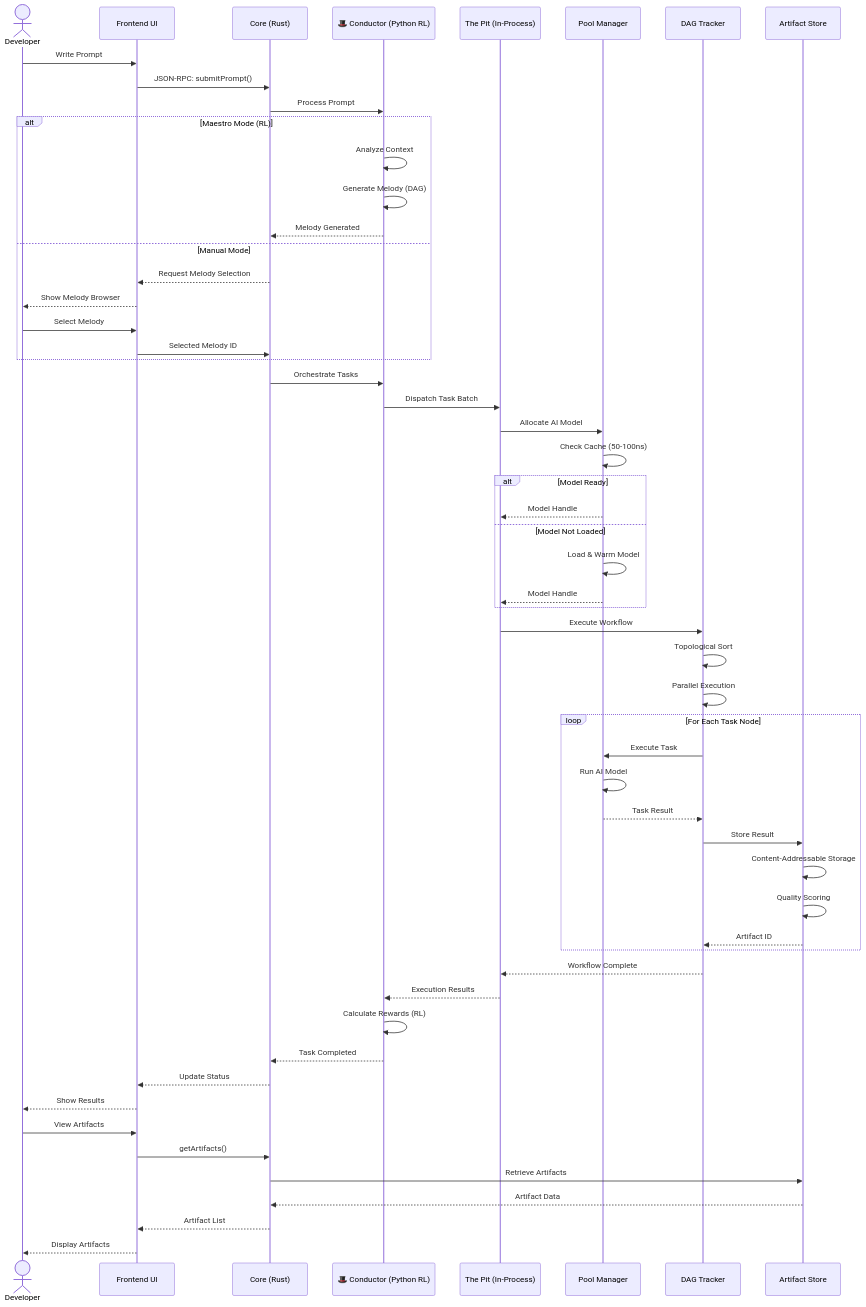
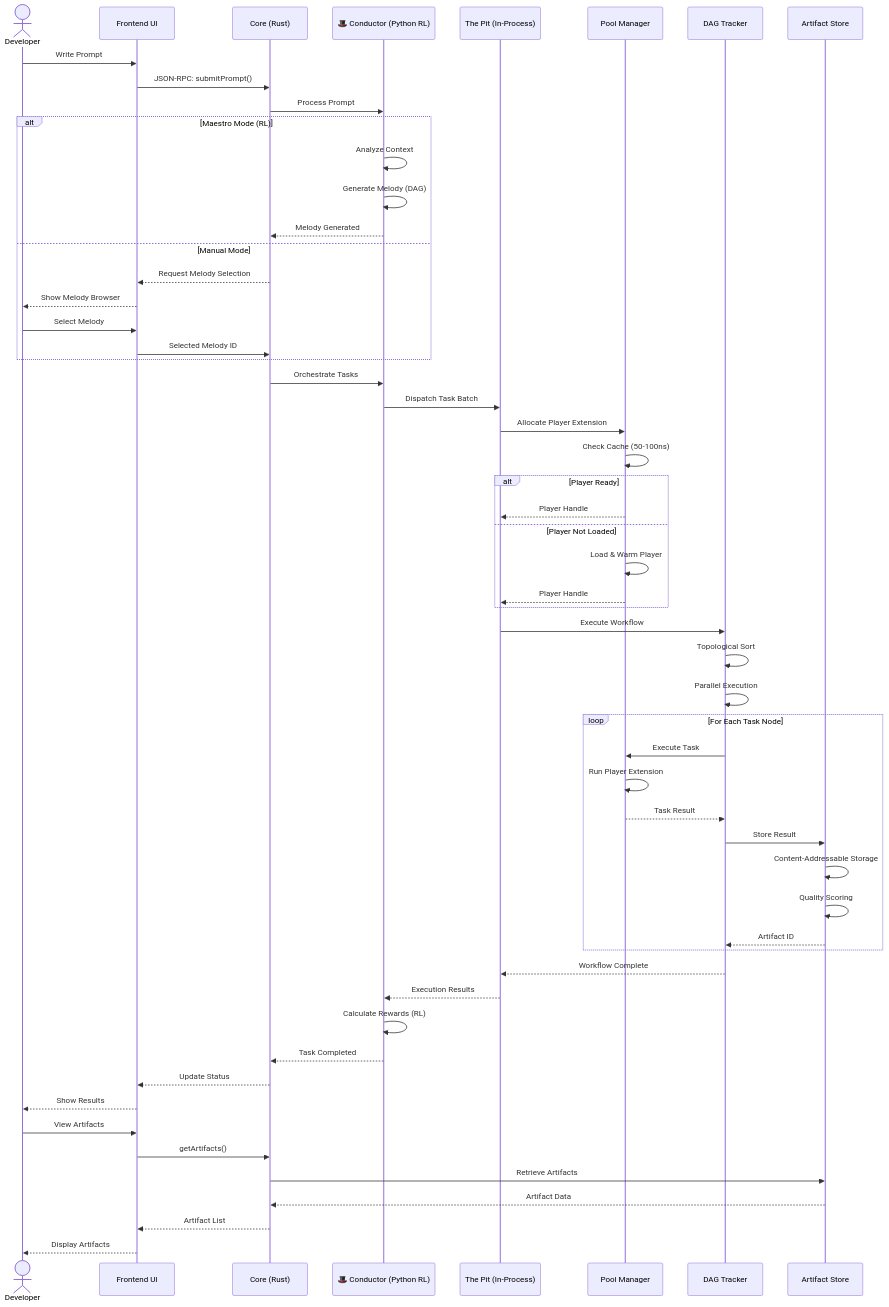
Before and after one commit to Symphony-aide/Symphony: the first of 9 diagrams in SEQUENCE_DIAGRAM.md, drawn with Mermaid. The commit also changed other lines of this file and 1 other file, not shown here.

Commit message:
good for class and sequence diagram

````diff
--- a/SEQUENCE_DIAGRAM.md
+++ b/SEQUENCE_DIAGRAM.md
@@ -29,66 +34,66 @@
 ```mermaid
 sequenceDiagram
     actor Dev as Developer
     participant UI as Frontend UI
     participant Core as Core (Rust)
     participant Conductor as 🎩 Conductor (Python RL)
     participant Pit as The Pit (In-Process)
     participant PoolMgr as Pool Manager
     participant DAG as DAG Tracker
     participant Artifact as Artifact Store
     
     Dev->>UI: Write Prompt
     UI->>Core: JSON-RPC: submitPrompt()
     Core->>Conductor: Process Prompt
     
     alt Maestro Mode (RL)
         Conductor->>Conductor: Analyze Context
         Conductor->>Conductor: Generate Melody (DAG)
         Conductor-->>Core: Melody Generated
     else Manual Mode
         Core-->>UI: Request Melody Selection
         UI-->>Dev: Show Melody Browser
         Dev->>UI: Select Melody
         UI->>Core: Selected Melody ID
     end
     
     Core->>Conductor: Orchestrate Tasks
     Conductor->>Pit: Dispatch Task Batch
     
-    Pit->>PoolMgr: Allocate AI Model
+    Pit->>PoolMgr: Allocate Player Extension
     PoolMgr->>PoolMgr: Check Cache (50-100ns)
-    alt Model Ready
-        PoolMgr-->>Pit: Model Handle
-    else Model Not Loaded
-        PoolMgr->>PoolMgr: Load & Warm Model
-        PoolMgr-->>Pit: Model Handle
+    alt Player Ready
+        PoolMgr-->>Pit: Player Handle
+    else Player Not Loaded
+        PoolMgr->>PoolMgr: Load & Warm Player
+        PoolMgr-->>Pit: Player Handle
     end
     
     Pit->>DAG: Execute Workflow
     DAG->>DAG: Topological Sort
     DAG->>DAG: Parallel Execution
     
     loop For Each Task Node
         DAG->>PoolMgr: Execute Task
-        PoolMgr->>PoolMgr: Run AI Model
+        PoolMgr->>PoolMgr: Run Player Extension
         PoolMgr-->>DAG: Task Result
         DAG->>Artifact: Store Result
         Artifact->>Artifact: Content-Addressable Storage
         Artifact->>Artifact: Quality Scoring
         Artifact-->>DAG: Artifact ID
     end
     
     DAG-->>Pit: Workflow Complete
     Pit-->>Conductor: Execution Results
     Conductor->>Conductor: Calculate Rewards (RL)
     Conductor-->>Core: Task Completed
     Core-->>UI: Update Status
     UI-->>Dev: Show Results
     
     Dev->>UI: View Artifacts
     UI->>Core: getArtifacts()
     Core->>Artifact: Retrieve Artifacts
     Artifact-->>Core: Artifact Data
     Core-->>UI: Artifact List
     UI-->>Dev: Display Artifacts
 ```
````
